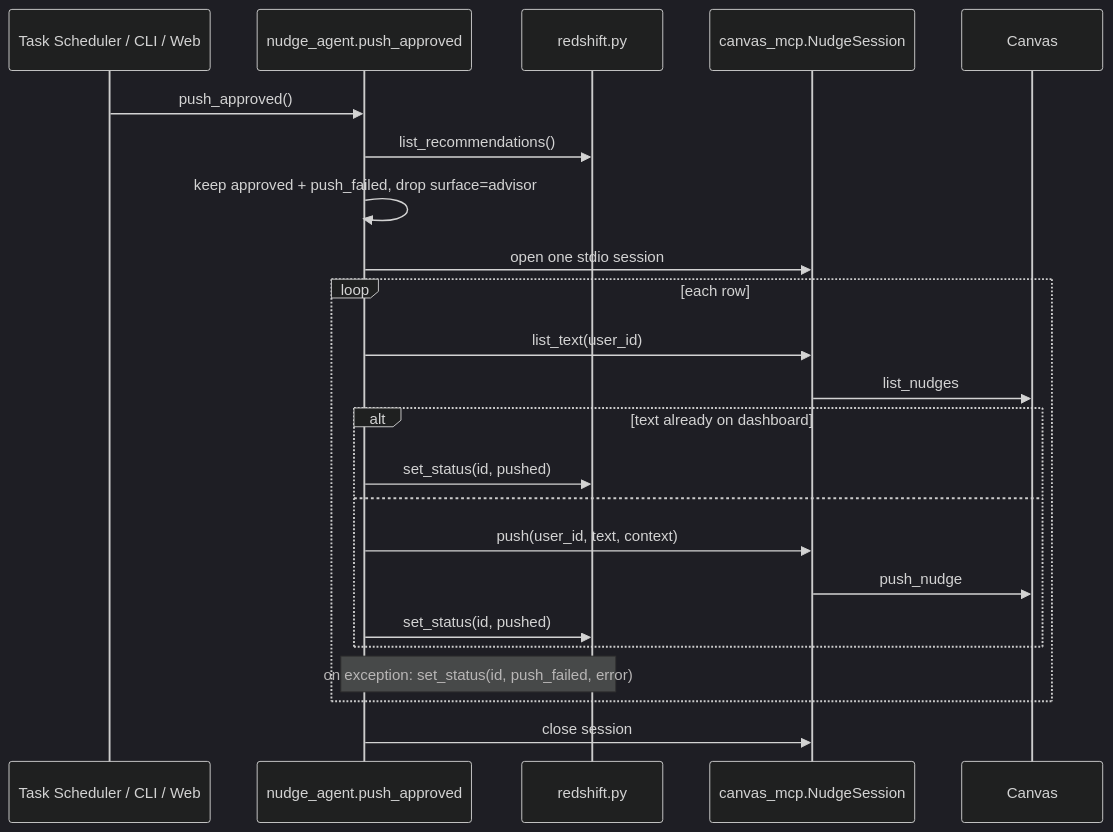
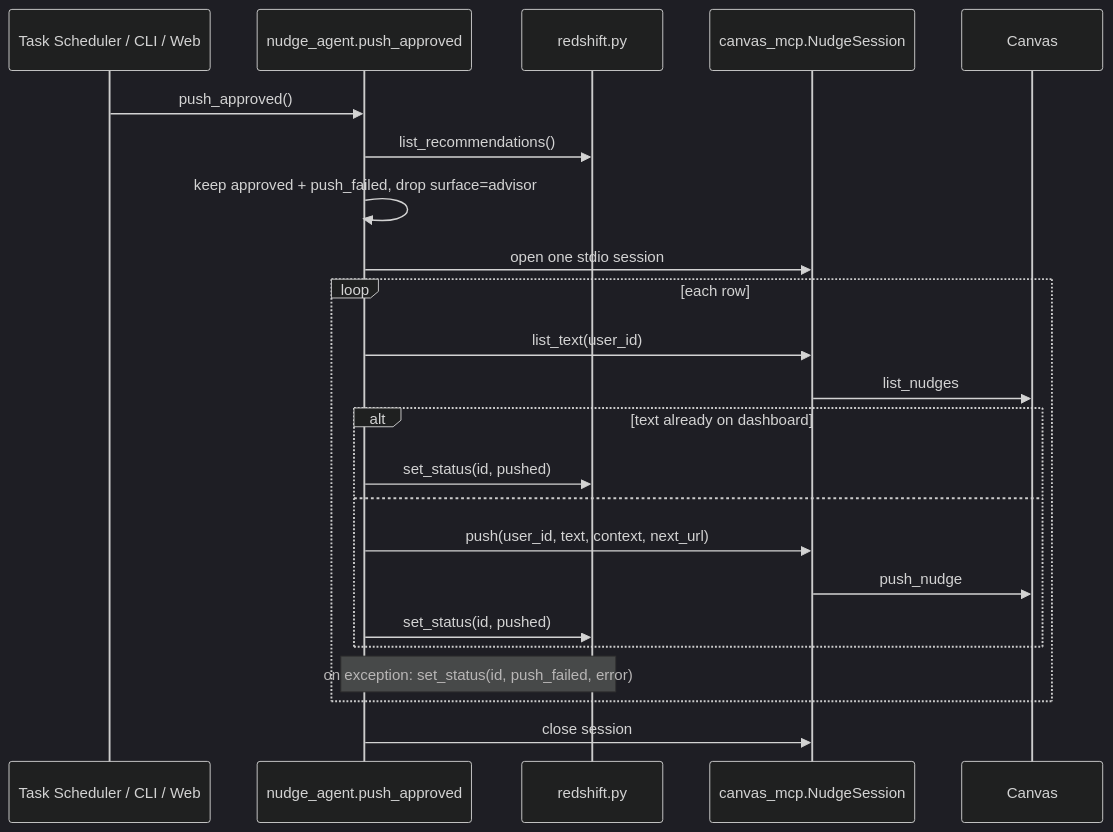
Before and after one commit to rdpatilds/nudge-agent: the sixth of 6 diagrams in docs/ARCHITECTURE.md, drawn with Mermaid (dark theme). The commit also changed other lines of this file and 9 other files, not shown here.

Commit message:
Resolve next-step links per rule and carry the URL to Canvas and the dashboard

````diff
--- a/docs/ARCHITECTURE.md
+++ b/docs/ARCHITECTURE.md
@@ -207,25 +256,25 @@
 ```mermaid
 sequenceDiagram
     participant T as Task Scheduler / CLI / Web
     participant A as nudge_agent.push_approved
     participant R as redshift.py
     participant M as canvas_mcp.NudgeSession
     participant C as Canvas
     T->>A: push_approved()
     A->>R: list_recommendations()
     A->>A: keep approved + push_failed, drop surface=advisor
     A->>M: open one stdio session
     loop each row
         A->>M: list_text(user_id)
         M->>C: list_nudges
         alt text already on dashboard
             A->>R: set_status(id, pushed)
         else
-            A->>M: push(user_id, text, context)
+            A->>M: push(user_id, text, context, next_url)
             M->>C: push_nudge
             A->>R: set_status(id, pushed)
         end
         Note over A,R: on exception: set_status(id, push_failed, error)
     end
     A->>M: close session
 ```
````
